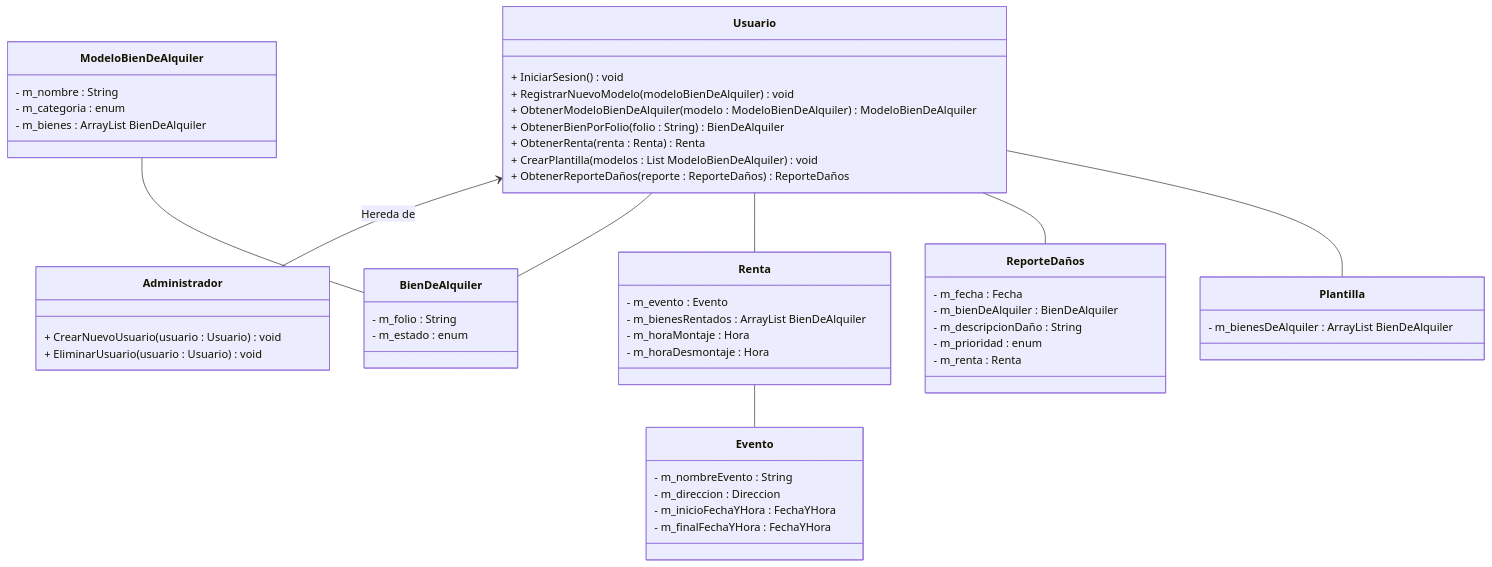
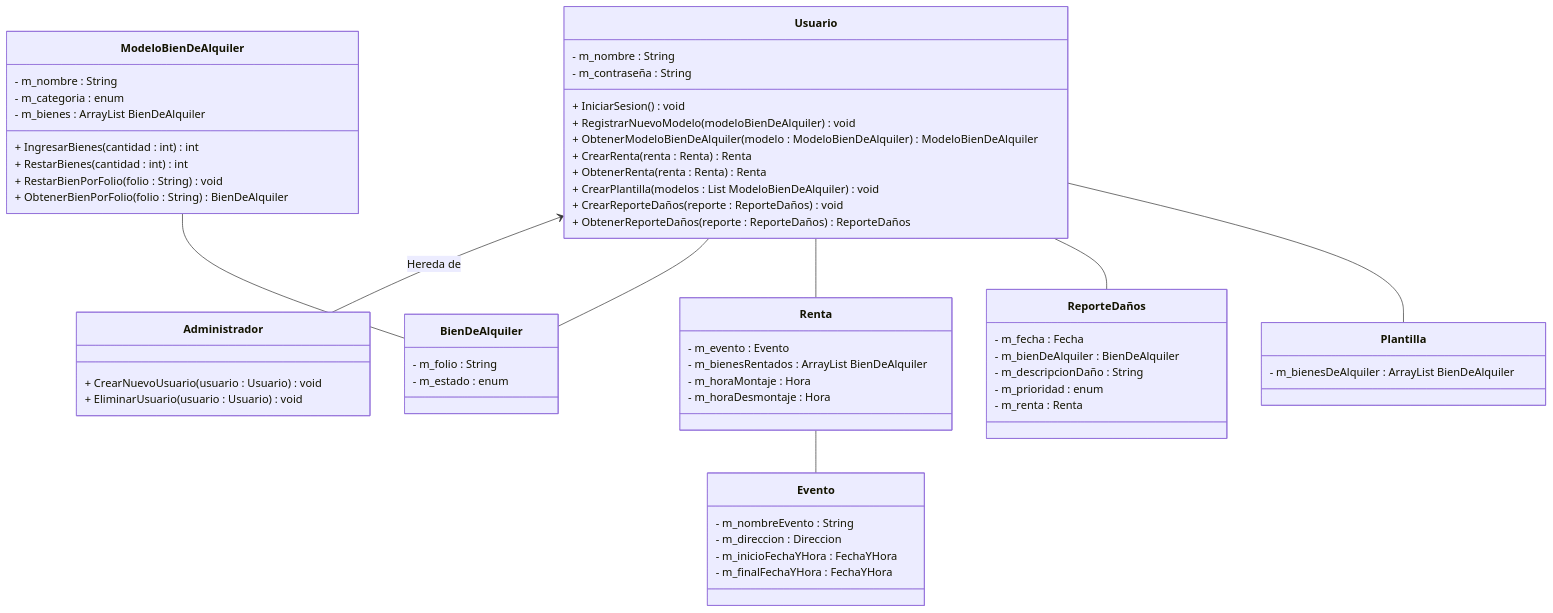
One commit to JuanJoseVargasArvizu/ProyectoPromotoraEventos changed the diagram in Documentacion/Diagramas/DiagramaDeClases.mmd. Above: the diagram before and after it, drawn with Mermaid.

Commit message:
Actualizacion Diagrama de Clases

```diff
--- a/Documentacion/Diagramas/DiagramaDeClases.mmd
+++ b/Documentacion/Diagramas/DiagramaDeClases.mmd
@@ -1,67 +1,74 @@
 classDiagram
 
     Usuario <-- Administrador : Hereda de
     Usuario -- BienDeAlquiler
     Usuario -- Renta
     Usuario -- ReporteDaños
     Usuario -- Plantilla
 
     Renta -- Evento
 
     ModeloBienDeAlquiler -- BienDeAlquiler
 
 
     class Usuario{
+        - m_nombre : String
+        - m_contraseña : String
         + IniciarSesion() void
         + RegistrarNuevoModelo(modeloBienDeAlquiler) void
         + ObtenerModeloBienDeAlquiler(modelo : ModeloBienDeAlquiler) ModeloBienDeAlquiler
-        + ObtenerBienPorFolio(folio : String) BienDeAlquiler
+        + CrearRenta(renta : Renta) Renta
         + ObtenerRenta(renta : Renta) Renta
         + CrearPlantilla( modelos : List ModeloBienDeAlquiler) void
+        + CrearReporteDaños(reporte : ReporteDaños) void
         + ObtenerReporteDaños(reporte : ReporteDaños) ReporteDaños
     }
 
     class Administrador{
         + CrearNuevoUsuario(usuario : Usuario) void
         + EliminarUsuario(usuario : Usuario) void
     }
 
     class ModeloBienDeAlquiler{
         - m_nombre : String
         - m_categoria : enum
         - m_bienes : ArrayList BienDeAlquiler
+        + IngresarBienes(cantidad : int) int
+        + RestarBienes(cantidad : int) int
+        + RestarBienPorFolio(folio : String) void
+        + ObtenerBienPorFolio(folio : String) BienDeAlquiler
     }
 
 
     class BienDeAlquiler{
         - m_folio : String
         - m_estado : enum
     }
 
 
     class Renta{
         - m_evento : Evento
         - m_bienesRentados : ArrayList BienDeAlquiler
         - m_horaMontaje : Hora
         - m_horaDesmontaje : Hora
     }
 
     class Evento{
         - m_nombreEvento : String
         - m_direccion : Direccion        
         - m_inicioFechaYHora : FechaYHora
         - m_finalFechaYHora : FechaYHora        
     }
 
     class ReporteDaños{
         - m_fecha : Fecha
         - m_bienDeAlquiler : BienDeAlquiler
         - m_descripcionDaño : String
         - m_prioridad : enum
         - m_renta : Renta
     }
 
 
     class Plantilla{
         - m_bienesDeAlquiler : ArrayList BienDeAlquiler
     }
```
